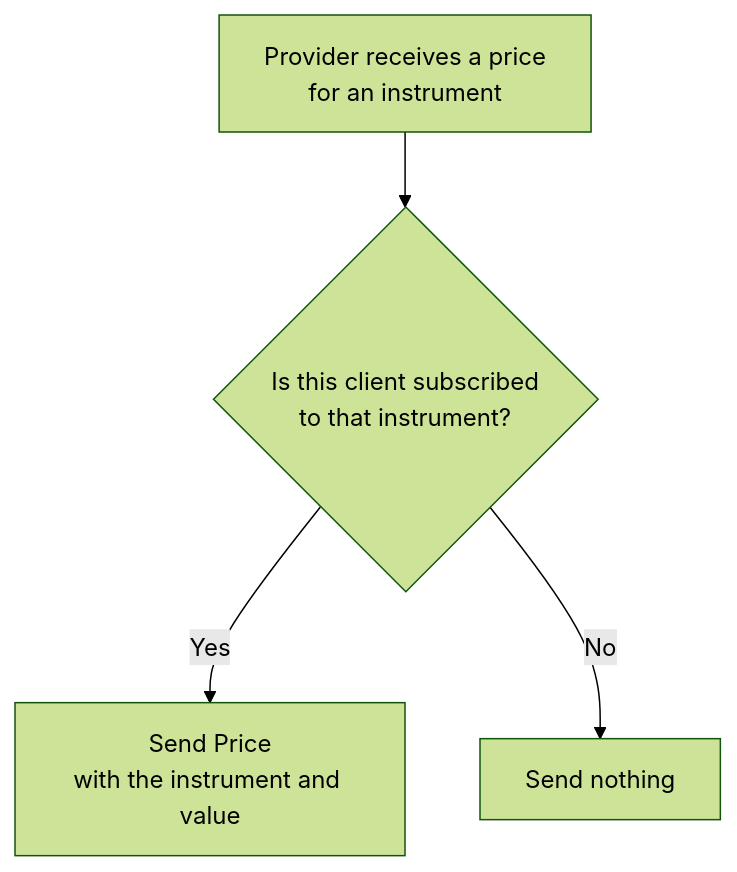
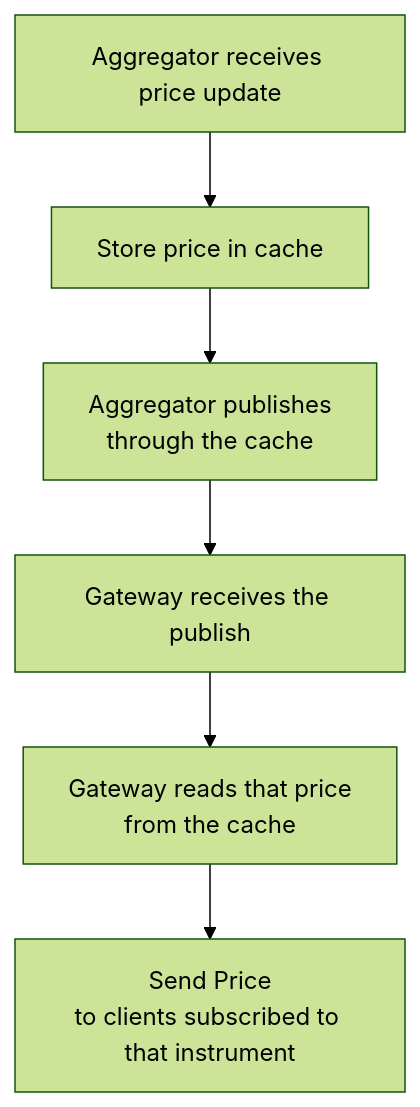
The third of 3 diagrams in docs/subscription.md (Braqzen/orderbook-trading), drawn with Mermaid (forest theme) before and after one commit. The commit also changed other lines of this file and 29 other files, not shown here.

First line of the commit message:
Split the provider into a price receiver, valkey cache and gateway

````diff
--- a/docs/subscription.md
+++ b/docs/subscription.md
@@ -57,7 +55,8 @@
 ```mermaid
 flowchart TD
-    Price["Provider receives a price<br/>for an instrument"] --> Subscribed{"Is this client subscribed<br/>to that instrument?"}
-
-    Subscribed -->|"Yes"| Send["Send Price<br/>with the instrument and value"]
-    Subscribed -->|"No"| Drop["Send nothing"]
+    Price["Aggregator receives price update"] --> Store["Store price in cache"]
+    Store --> Publish["Aggregator publishes<br/>through the cache"]
+    Publish --> Receive["Gateway receives the publish"]
+    Receive --> Read["Gateway reads that price<br/>from the cache"]
+    Read --> Send["Send Price<br/>to clients subscribed to that instrument"]
 ```
````
